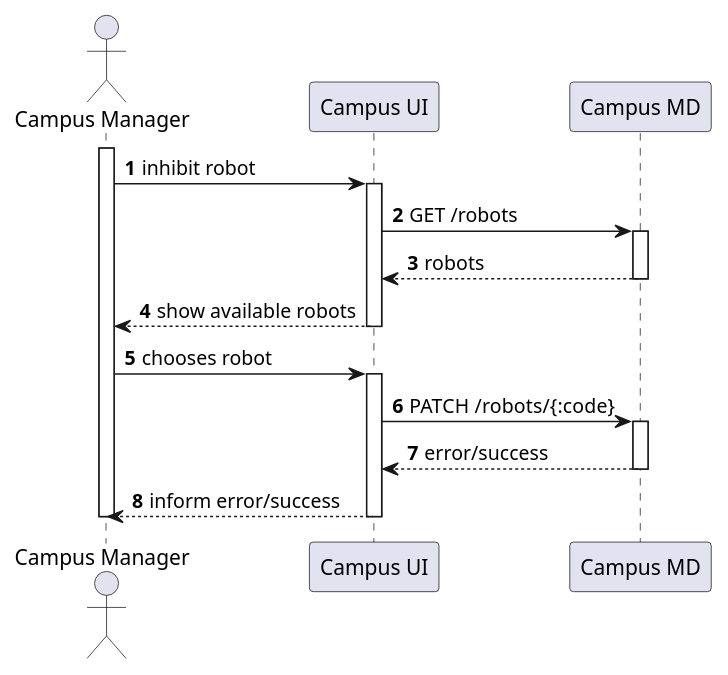
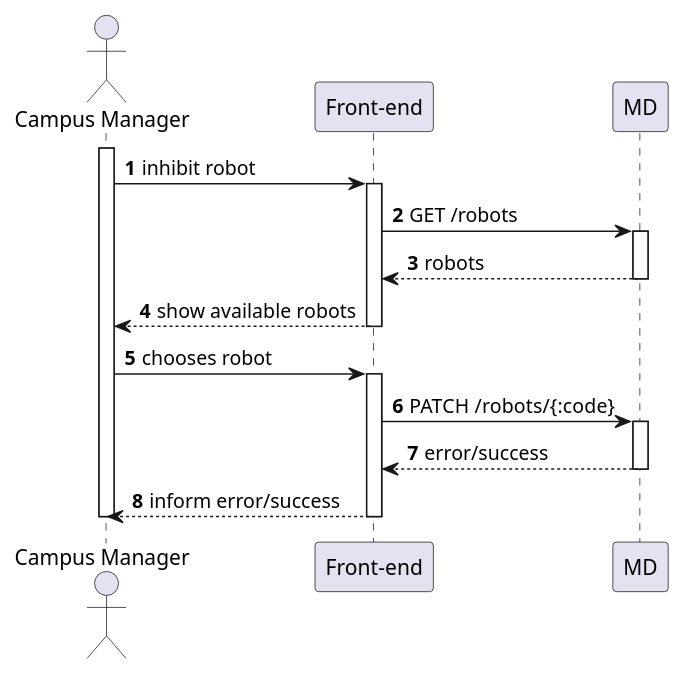
One commit to Departamento-de-Engenharia-Informatica/lapr5-23-24-g19 changed the diagram in docs/us1020/level2/process-view.puml. Above: the diagram before and after it, drawn with PlantUML. The commit also changed 2 other files, not shown here.

```diff
--- a/docs/us1020/level2/process-view.puml
+++ b/docs/us1020/level2/process-view.puml
@@ -1,31 +1,31 @@
 @startuml
 autonumber
 
 actor "Campus Manager" as usr
 
-participant "Campus UI" as ui
-participant "Campus MD" as md
+participant "Front-end" as ui
+participant "MD" as md
 
 activate usr
     usr -> ui : inhibit robot
     activate ui
         ui -> md : GET /robots
         activate md
             md --> ui : robots
         deactivate md
 
         ui --> usr : show available robots
     deactivate ui
 
     usr -> ui : chooses robot
     activate ui
         ui -> md : PATCH /robots/{:code}
         activate md
             md --> ui : error/success
         deactivate md
 
         ui --> usr : inform error/success
     deactivate ui
 deactivate usr
 
 @enduml
```
